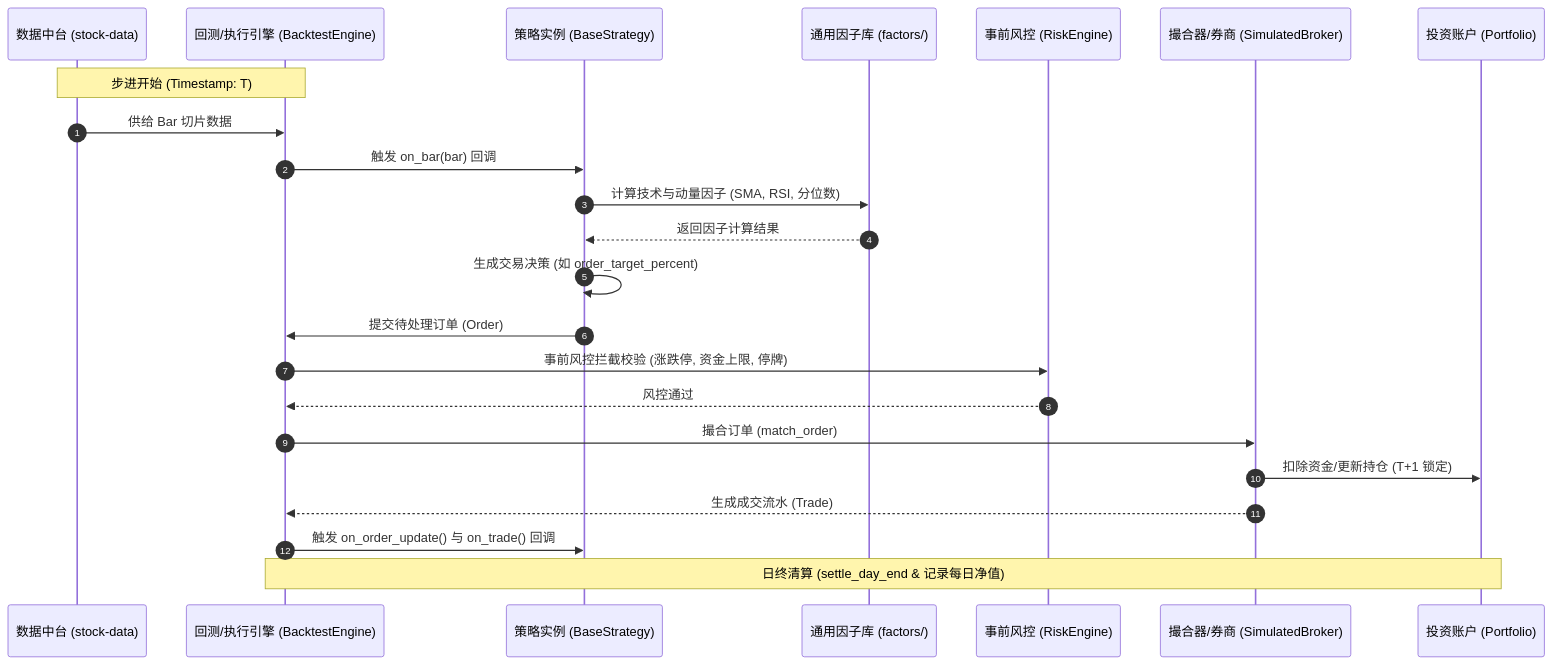
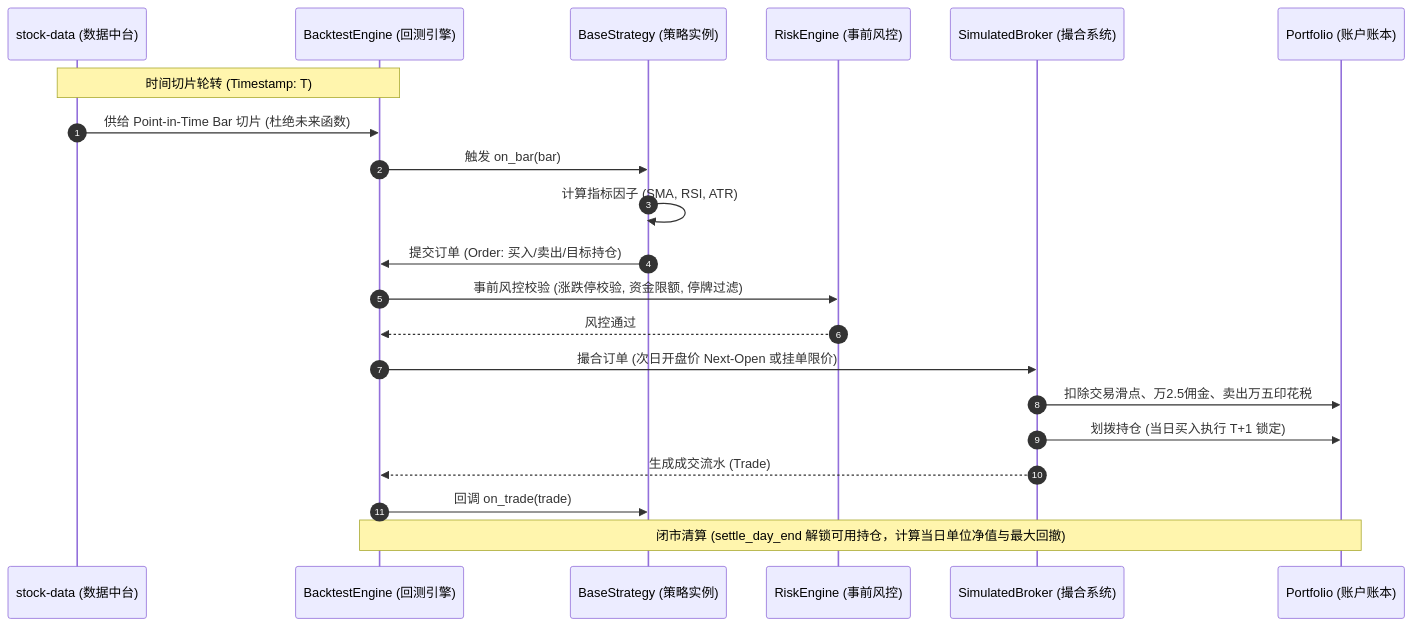
The fourth of 5 diagrams in docs/architecture.md (TMBeliever/stock-data-service), drawn with Mermaid before and after one commit. The commit also changed other lines of this file and 1 other file, not shown here.

Commit message:
docs: update system architecture specification and readme with stateless prewarmed ai-core and agent topology

````diff
--- a/docs/architecture.md
+++ b/docs/architecture.md
@@ -53,26 +160,24 @@
 ```mermaid
 sequenceDiagram
     autonumber
-    participant D as 数据中台 (stock-data)
-    participant E as 回测/执行引擎 (BacktestEngine)
-    participant S as 策略实例 (BaseStrategy)
-    participant F as 通用因子库 (factors/)
-    participant R as 事前风控 (RiskEngine)
-    participant B as 撮合器/券商 (SimulatedBroker)
-    participant P as 投资账户 (Portfolio)
+    participant D as stock-data (数据中台)
+    participant E as BacktestEngine (回测引擎)
+    participant S as BaseStrategy (策略实例)
+    participant R as RiskEngine (事前风控)
+    participant B as SimulatedBroker (撮合系统)
+    participant P as Portfolio (账户账本)
 
-    Note over E,D: 步进开始 (Timestamp: T)
-    D->>E: 供给 Bar 切片数据
-    E->>S: 触发 on_bar(bar) 回调
-    S->>F: 计算技术与动量因子 (SMA, RSI, 分位数)
-    F-->>S: 返回因子计算结果
-    S->>S: 生成交易决策 (如 order_target_percent)
-    S->>E: 提交待处理订单 (Order)
-    E->>R: 事前风控拦截校验 (涨跌停, 资金上限, 停牌)
+    Note over E,D: 时间切片轮转 (Timestamp: T)
+    D->>E: 供给 Point-in-Time Bar 切片 (杜绝未来函数)
+    E->>S: 触发 on_bar(bar)
+    S->>S: 计算指标因子 (SMA, RSI, ATR)
+    S->>E: 提交订单 (Order: 买入/卖出/目标持仓)
+    E->>R: 事前风控校验 (涨跌停校验, 资金限额, 停牌过滤)
     R-->>E: 风控通过
-    E->>B: 撮合订单 (match_order)
-    B->>P: 扣除资金/更新持仓 (T+1 锁定)
+    E->>B: 撮合订单 (次日开盘价 Next-Open 或挂单限价)
+    B->>P: 扣除交易滑点、万2.5佣金、卖出万五印花税
+    B->>P: 划拨持仓 (当日买入执行 T+1 锁定)
     B-->>E: 生成成交流水 (Trade)
-    E->>S: 触发 on_order_update() 与 on_trade() 回调
-    Note over E,P: 日终清算 (settle_day_end & 记录每日净值)
+    E->>S: 回调 on_trade(trade)
+    Note over E,P: 闭市清算 (settle_day_end 解锁可用持仓，计算当日单位净值与最大回撤)
 ```
````
